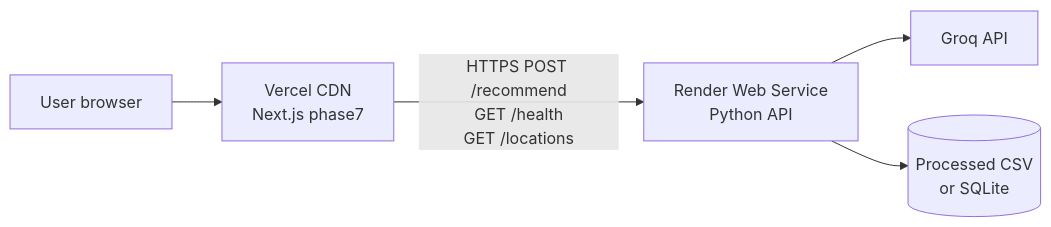
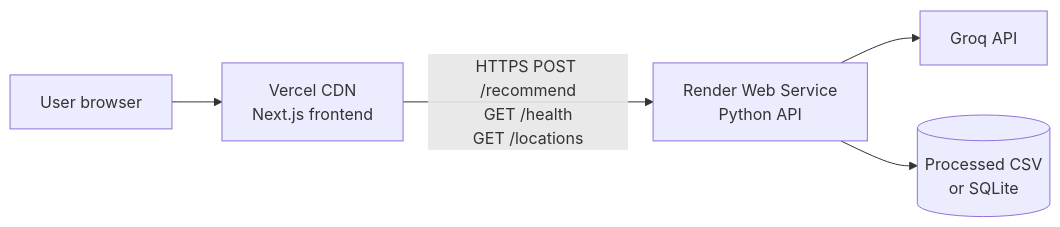
Before and after one commit to nroy01438/Zomato-Project: the diagram in d/deployment-render-vercel.md, drawn with Mermaid. The commit also changed other lines of this file and 37 other files, not shown here.

First line of the commit message:
Rename phase7 to frontend for Vercel root directory.

````diff
--- a/d/deployment-render-vercel.md
+++ b/d/deployment-render-vercel.md
@@ -16,13 +16,13 @@
 ```mermaid
 flowchart LR
   User[User browser]
-  Vercel[Vercel CDN\nNext.js phase7]
+  Vercel[Vercel CDN\nNext.js frontend]
   Render[Render Web Service\nPython API]
   Groq[Groq API]
   Data[(Processed CSV\nor SQLite)]
 
   User --> Vercel
   Vercel -->|HTTPS POST /recommend\nGET /health\nGET /locations| Render
   Render --> Groq
   Render --> Data
 ```
````
